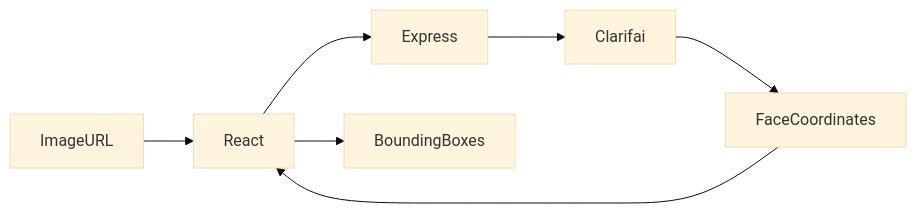
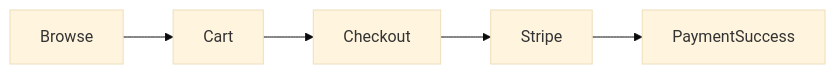
Before and after one commit to kishky101/crown-clothing: the third of 3 diagrams in README.md, drawn with Mermaid (base theme). The commit also changed other lines of this file, not shown here.

````diff
--- a/README.md
+++ b/README.md
@@ -144,15 +145,13 @@
 ```mermaid
 flowchart LR
 
-ImageURL --> React
+Browse
 
-React --> Express
+Browse --> Cart
 
-Express --> Clarifai
+Cart --> Checkout
 
-Clarifai --> FaceCoordinates
+Checkout --> Stripe
 
-FaceCoordinates --> React
-
-React --> BoundingBoxes
+Stripe --> PaymentSuccess
 ```
````
